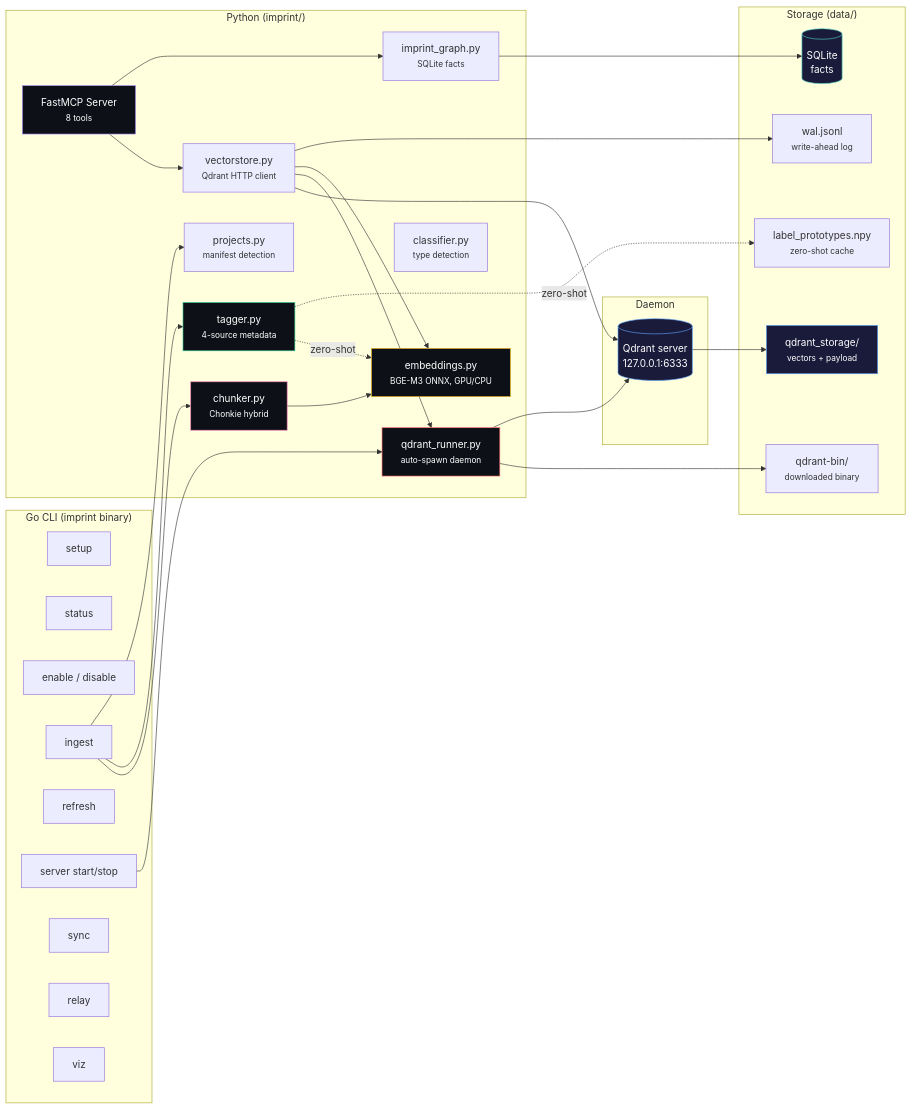
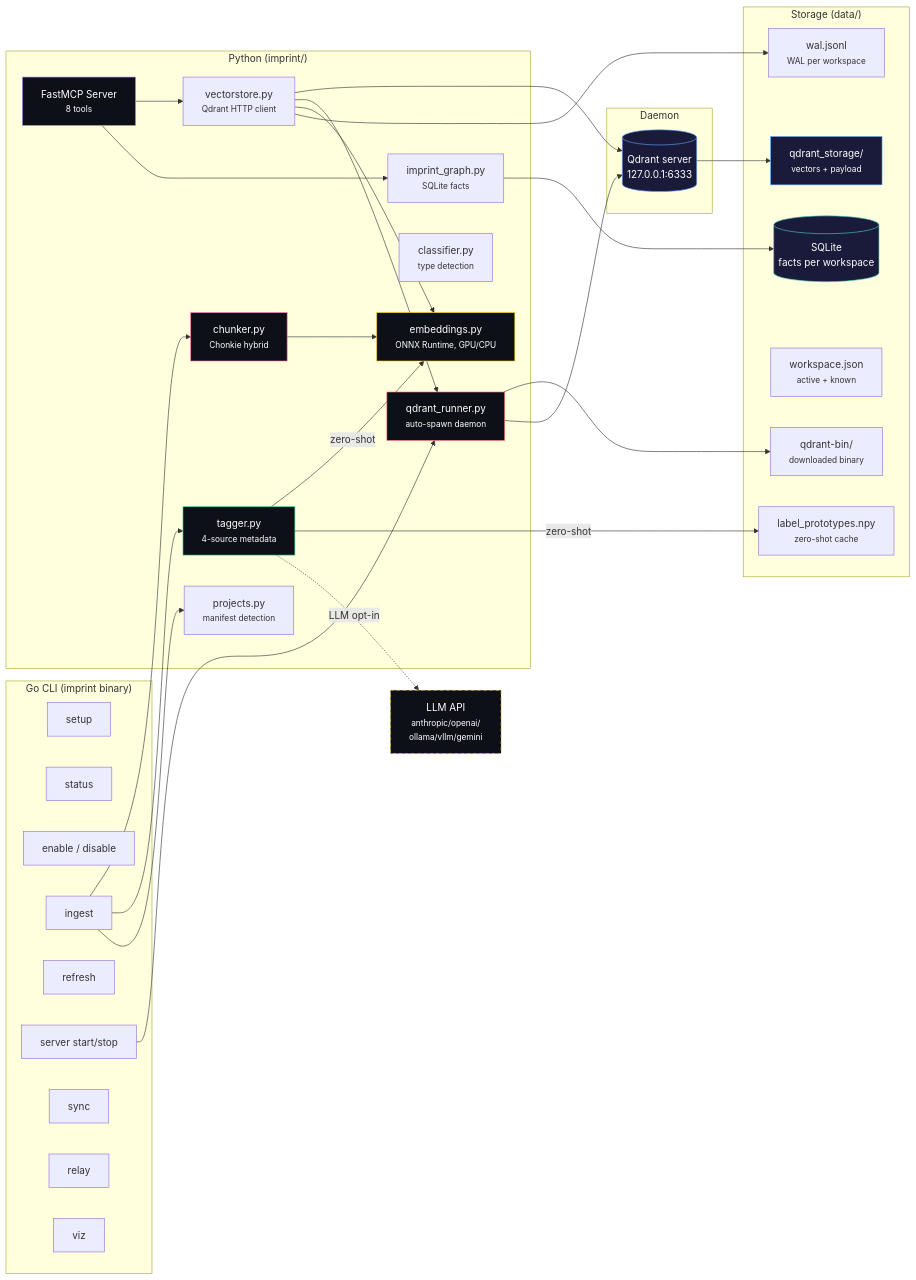
One commit to alexandruleca/imprint-memory-layer changed the tenth of 10 diagrams in README.md. Above: the diagram before and after it, drawn with Mermaid. The commit also changed other lines of this file and 13 other files, not shown here.

````diff
--- a/README.md
+++ b/README.md
@@ -483,61 +653,64 @@
 ```mermaid
 graph LR
     subgraph "Go CLI (imprint binary)"
         SETUP[setup]
         STATUS[status]
         ENABLE[enable / disable]
         INGEST[ingest]
         REFRESH[refresh]
         SERVER[server start/stop]
         SYNC[sync]
         RELAY[relay]
         VIZ[viz]
     end
 
     subgraph "Python (imprint/)"
         MCP[FastMCP Server<br/><small>8 tools</small>]
         VS[vectorstore.py<br/><small>Qdrant HTTP client</small>]
         QR[qdrant_runner.py<br/><small>auto-spawn daemon</small>]
-        EMB[embeddings.py<br/><small>BGE-M3 ONNX, GPU/CPU</small>]
+        EMB[embeddings.py<br/><small>ONNX Runtime, GPU/CPU</small>]
         KG[imprint_graph.py<br/><small>SQLite facts</small>]
         CHK[chunker.py<br/><small>Chonkie hybrid</small>]
         TAG[tagger.py<br/><small>4-source metadata</small>]
         CLS[classifier.py<br/><small>type detection</small>]
         PRJ[projects.py<br/><small>manifest detection</small>]
     end
 
     subgraph "Daemon"
         QSRV[(Qdrant server<br/>127.0.0.1:6333)]
     end
 
     subgraph "Storage (data/)"
         QSTORE[qdrant_storage/<br/><small>vectors + payload</small>]
-        SQLITE[(SQLite<br/>facts)]
-        WAL[wal.jsonl<br/><small>write-ahead log</small>]
+        SQLITE[(SQLite<br/>facts per workspace)]
+        WAL[wal.jsonl<br/><small>WAL per workspace</small>]
+        WSCFG[workspace.json<br/><small>active + known</small>]
         PROTO[label_prototypes.npy<br/><small>zero-shot cache</small>]
         QBIN[qdrant-bin/<br/><small>downloaded binary</small>]
     end
 
     MCP --> VS --> QSRV --> QSTORE
     MCP --> KG --> SQLITE
     VS --> QR
     QR --> QBIN
     QR --> QSRV
     VS --> EMB
     VS --> WAL
     INGEST --> CHK --> EMB
     INGEST --> TAG
-    TAG -.zero-shot.-> EMB
-    TAG -.zero-shot.-> PROTO
+    TAG --zero-shot--> EMB
+    TAG --zero-shot--> PROTO
+    TAG -.LLM opt-in.-> LLM_API[LLM API<br/><small>anthropic/openai/<br/>ollama/vllm/gemini</small>]
     INGEST --> PRJ
     SERVER --> QR
 
     style QSRV fill:#1a1a3a,stroke:#60a5fa,color:#fff
     style QSTORE fill:#1a1a3a,stroke:#60a5fa,color:#fff
     style SQLITE fill:#1a1a3a,stroke:#4ecdc4,color:#fff
     style MCP fill:#0d1117,stroke:#a78bfa,color:#fff
     style EMB fill:#0d1117,stroke:#fbbf24,color:#fff
     style CHK fill:#0d1117,stroke:#f472b6,color:#fff
     style TAG fill:#0d1117,stroke:#34d399,color:#fff
     style QR fill:#0d1117,stroke:#ff6b6b,color:#fff
+    style LLM_API fill:#0d1117,stroke:#fbbf24,color:#fff,stroke-dasharray: 5 5
 ```
````
